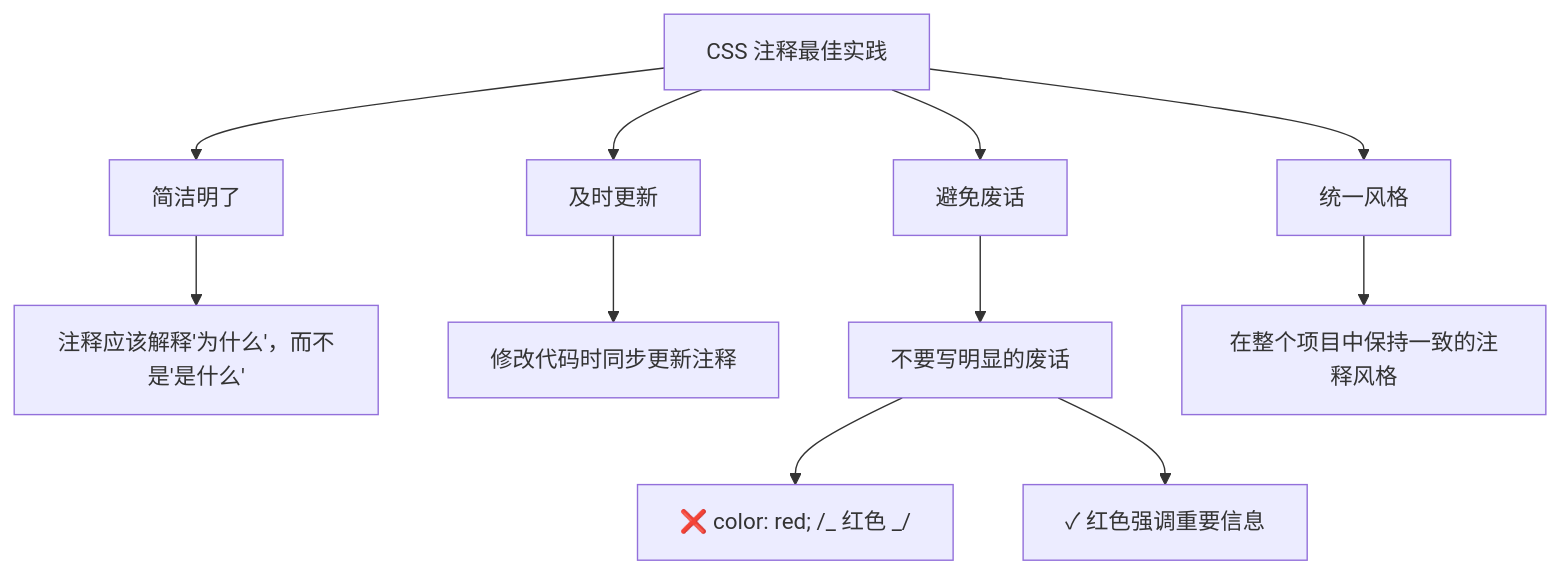
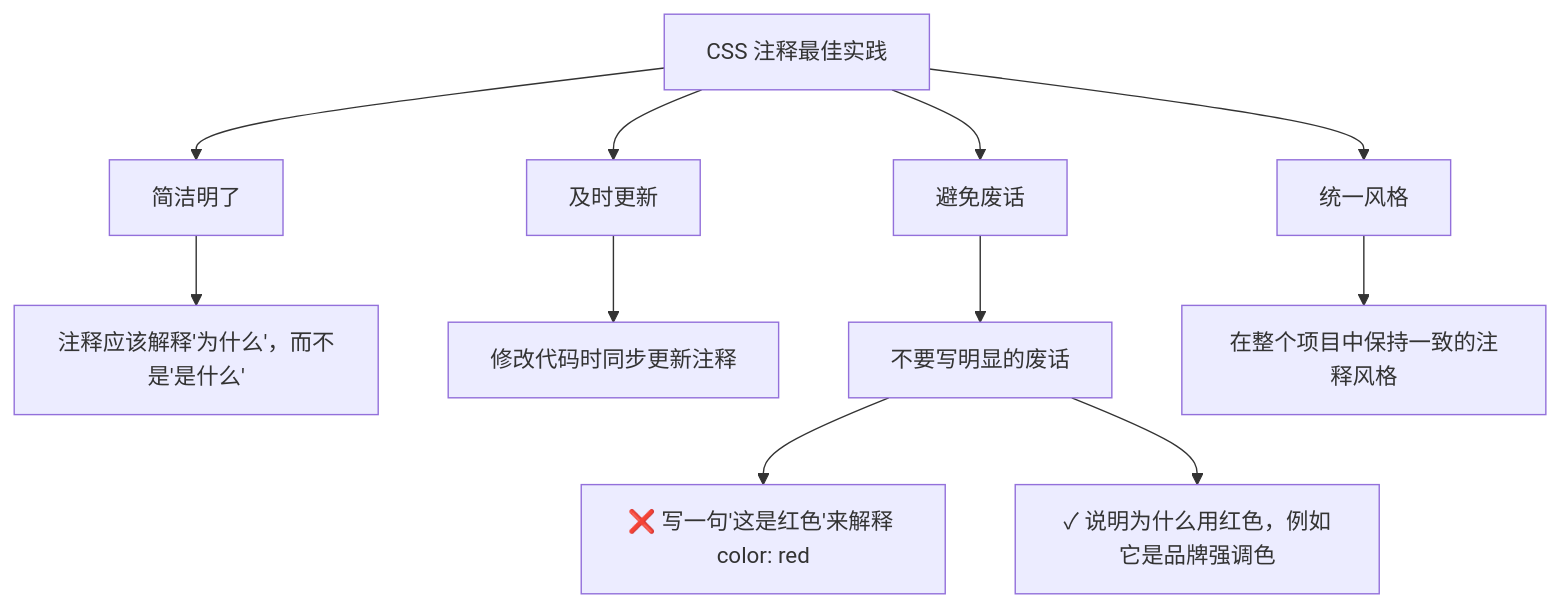
Before and after one commit to before80/prgms: the sixth of 8 diagrams in content/CSS/basic/Chapter-04-CSS-Rule-Structure.md, drawn with Mermaid. The commit also changed other lines of this file and 1645 other files, not shown here.

````diff
--- a/content/CSS/basic/Chapter-04-CSS-Rule-Structure.md
+++ b/content/CSS/basic/Chapter-04-CSS-Rule-Structure.md
@@ -1420,14 +1490,14 @@
 ```mermaid
 graph TD
     A["CSS 注释最佳实践"] --> B["简洁明了"]
     A --> C["及时更新"]
     A --> D["避免废话"]
     A --> E["统一风格"]
 
     B --> B1["注释应该解释'为什么'，而不是'是什么'"]
     C --> C1["修改代码时同步更新注释"]
     D --> D1["不要写明显的废话"]
-    D1 --> D2["❌ color: red; /_ 红色 _/"]
-    D1 --> D3["✓ 红色强调重要信息"]
+    D1 --> D2["❌ 写一句'这是红色'来解释 color: red"]
+    D1 --> D3["✓ 说明为什么用红色，例如它是品牌强调色"]
     E --> E1["在整个项目中保持一致的注释风格"]
 ```
````
